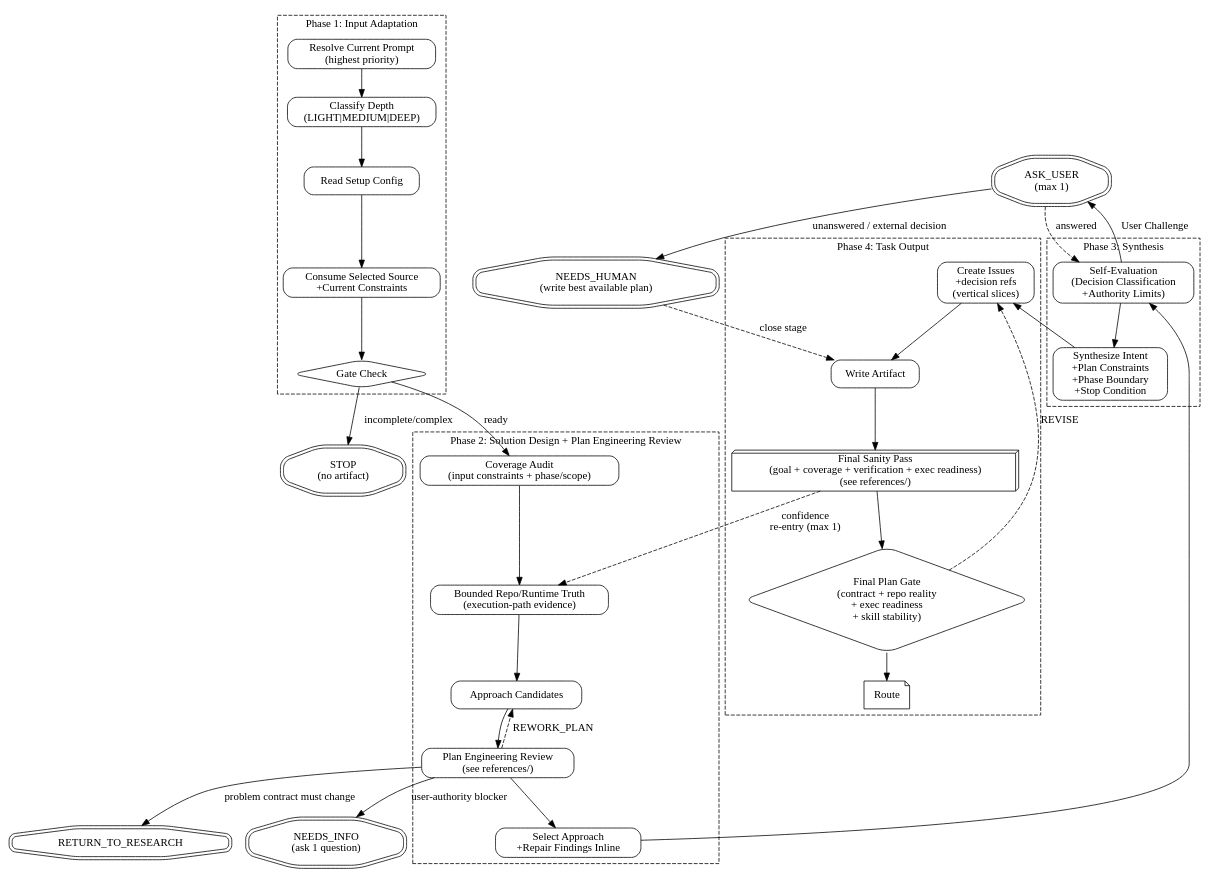
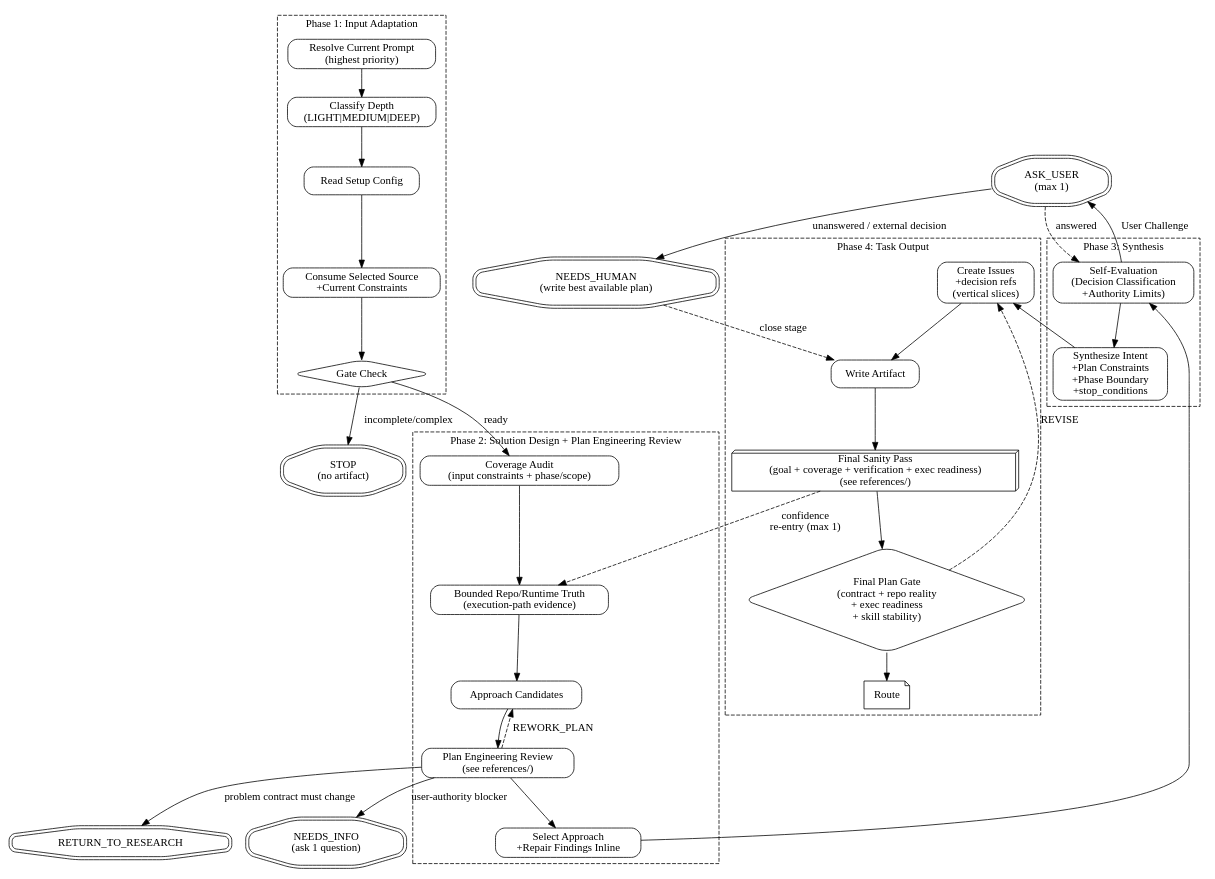
Before and after one commit to feng-y/pge: the diagram in skills/pge-plan/SKILL.md, drawn with Graphviz. The commit also changed other lines of this file and 8 other files, not shown here.

````diff
--- a/skills/pge-plan/SKILL.md
+++ b/skills/pge-plan/SKILL.md
@@ -123,71 +123,71 @@
 ```dot
 digraph pge_plan {
   rankdir=TB;
   node [shape=box, style=rounded];
 
   subgraph cluster_phase1 {
     label="Phase 1: Input Adaptation";
     style=dashed;
     resolve_input [label="Resolve Current Prompt\n(highest priority)"];
     classify_depth [label="Classify Depth\n(LIGHT|MEDIUM|DEEP)"];
     read_config [label="Read Setup Config"];
     consume_upstream [label="Consume Selected Source\n+Current Constraints"];
     gate_check [label="Gate Check", shape=diamond];
     resolve_input -> classify_depth -> read_config -> consume_upstream -> gate_check;
   }
 
   gate_stop [label="STOP\n(no artifact)", shape=doubleoctagon];
   gate_check -> gate_stop [label="incomplete/complex"];
 
   subgraph cluster_phase2 {
     label="Phase 2: Solution Design + Plan Engineering Review";
     style=dashed;
     coverage_audit [label="Coverage Audit\n(input constraints + phase/scope)"];
     explore [label="Bounded Repo/Runtime Truth\n(execution-path evidence)"];
     propose [label="Approach Candidates"];
     plan_eng_review [label="Plan Engineering Review\n(see references/)"];
     select_approach [label="Select Approach\n+Repair Findings Inline"];
     coverage_audit -> explore -> propose -> plan_eng_review -> select_approach;
     plan_eng_review -> propose [label="REWORK_PLAN", style=dashed];
   }
 
   eng_gate_research [label="RETURN_TO_RESEARCH", shape=doubleoctagon];
   eng_gate_info [label="NEEDS_INFO\n(ask 1 question)", shape=doubleoctagon];
   plan_eng_review -> eng_gate_research [label="problem contract must change"];
   plan_eng_review -> eng_gate_info [label="user-authority blocker"];
 
   gate_check -> coverage_audit [label="ready"];
 
   subgraph cluster_phase3 {
     label="Phase 3: Synthesis";
     style=dashed;
     self_eval [label="Self-Evaluation\n(Decision Classification\n+Authority Limits)"];
-    synthesize [label="Synthesize Intent\n+Plan Constraints\n+Phase Boundary\n+Stop Condition"];
+    synthesize [label="Synthesize Intent\n+Plan Constraints\n+Phase Boundary\n+stop_conditions"];
     self_eval -> synthesize;
   }
 
   authority_ask [label="ASK_USER\n(max 1)", shape=doubleoctagon];
   needs_human [label="NEEDS_HUMAN\n(write best available plan)", shape=doubleoctagon];
   self_eval -> authority_ask [label="User Challenge"];
   authority_ask -> self_eval [label="answered", style=dashed];
   authority_ask -> needs_human [label="unanswered / external decision"];
 
   select_approach -> self_eval;
 
   subgraph cluster_phase4 {
     label="Phase 4: Task Output";
     style=dashed;
     create_issues [label="Create Issues\n+decision refs\n(vertical slices)"];
     write_artifact [label="Write Artifact"];
     self_review [label="Final Sanity Pass\n(goal + coverage + verification + exec readiness)\n(see references/)", shape=box3d];
     plan_gate_final [label="Final Plan Gate\n(contract + repo reality\n+ exec readiness\n+ skill stability)", shape=diamond];
     route [label="Route", shape=note];
     create_issues -> write_artifact -> self_review -> plan_gate_final -> route;
     plan_gate_final -> create_issues [label="REVISE", style=dashed];
   }
 
   synthesize -> create_issues;
   needs_human -> write_artifact [label="close stage", style=dashed];
   self_review -> explore [label="confidence\nre-entry (max 1)", style=dashed];
 }
 ```
````
